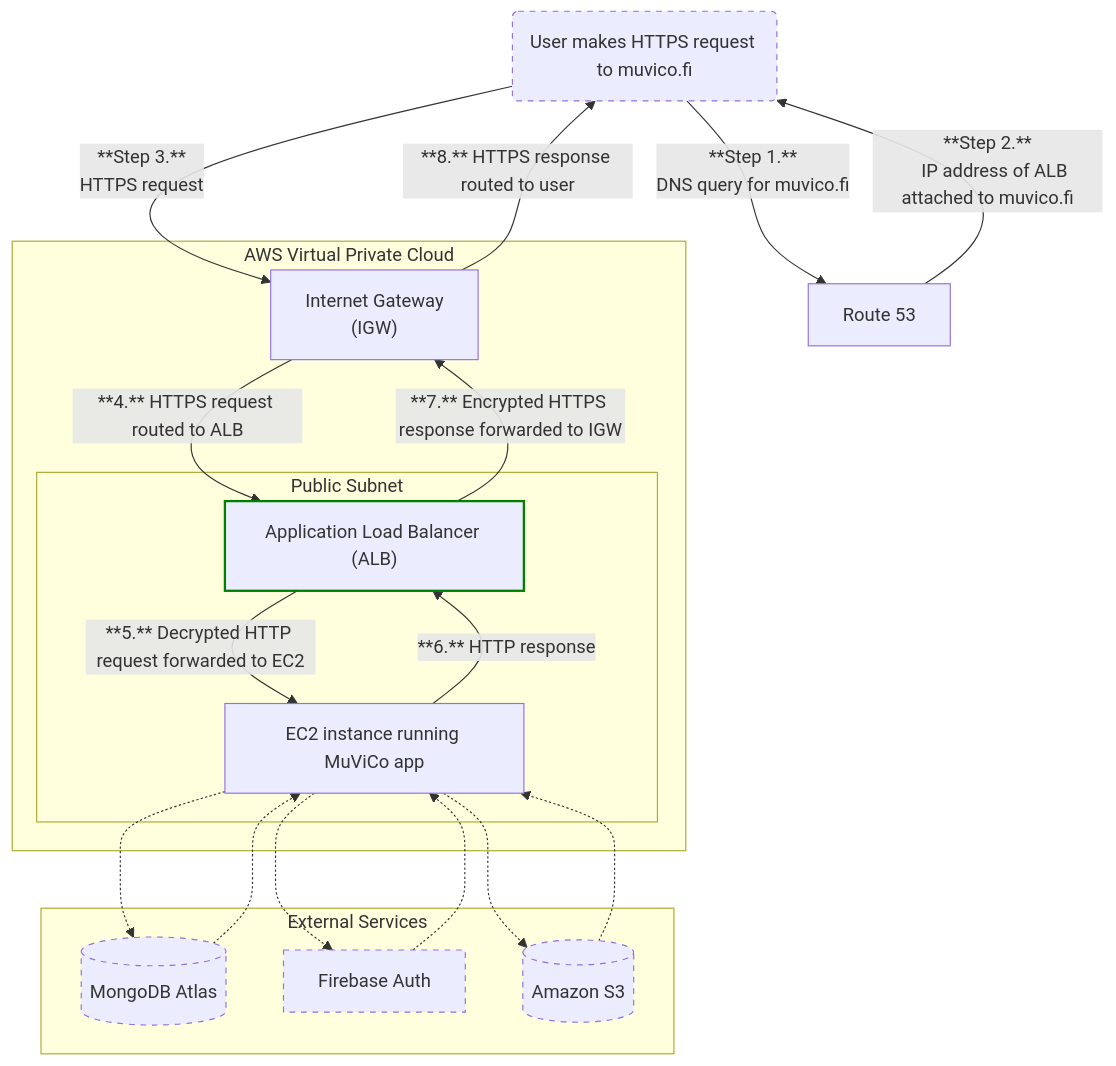
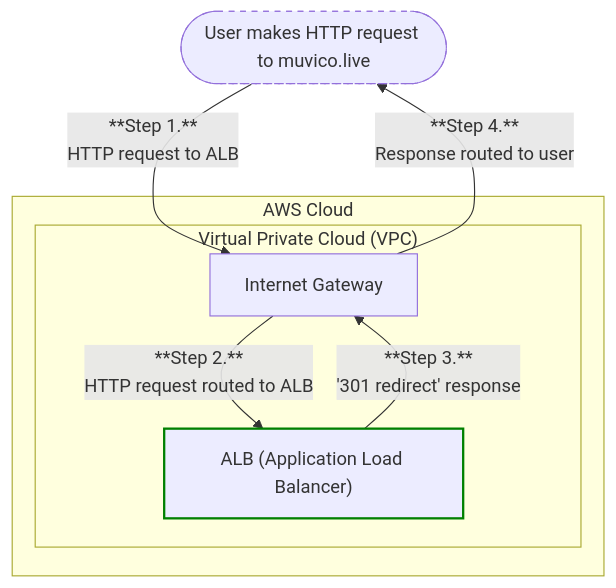
Before and after one commit to MuViCo/MuViCo: the third of 3 diagrams in documentation/https-setup.md, drawn with Mermaid. The commit also changed other lines of this file, not shown here.

````diff
--- a/documentation/https-setup.md
+++ b/documentation/https-setup.md
@@ -222,46 +253,25 @@
 ```mermaid
 flowchart TD
-    User("User makes HTTPS request to muvico.fi")
-    DNS["Route 53"]
-    IGW["Internet Gateway
-    (IGW)"]
-    ALB["Application Load Balancer (ALB)"]
-    ECS["EC2 instance running MuViCo app"]
+    User(["User makes HTTP request to muvico.live"])
+    IGW["Internet Gateway"]
+    ALB["ALB (Application Load Balancer)"]:::alb
 
     classDef alb stroke:green,stroke-width:2px
     classDef external stroke-dasharray: 5 5
 
-    %% DNS resolution
     User:::external -->|"**Step 1.**
-    DNS query for muvico.fi"| DNS
-    DNS -->|"**Step 2.**
-    IP address of ALB attached to muvico.fi"| User
+    HTTP request to ALB"| IGW
+    IGW -->|"**Step 2.**
+    HTTP request routed to ALB"| ALB
+    ALB -->|"**Step 3.**
+    '301 redirect' response"| IGW
+    IGW -->|"**Step 4.**
+    Response routed to user"| User
 
-    %% HTTPS and HTTP flows
-    User -->|"**Step 3.**
-    HTTPS request"| IGW
-
-    IGW -->|"**4.** HTTPS request routed to ALB"| ALB
-
-    ALB -->|"**5.** Decrypted HTTP request forwarded to EC2"| ECS
-    ECS -->|"**6.** HTTP response"| ALB
-    ALB -->|"**7.** Encrypted HTTPS response forwarded to IGW"| IGW
-    IGW -->|"**8.** HTTPS response routed to user"| User
-
-    subgraph "AWS Virtual Private Cloud"
-        IGW
-        subgraph Public Subnet
-            ALB:::alb
-            ECS
-        end
-    end
-
-    subgraph External Services
-        ECS -.-> D[(MongoDB Atlas)]:::external
-        D -.-> ECS
-        ECS -.-> E[Firebase Auth]:::external
-        E -.-> ECS
-        ECS -.-> F[(Amazon S3)]:::external
-        F -.-> ECS
+    subgraph "AWS Cloud"
+      subgraph "Virtual Private Cloud (VPC)"
+          IGW
+          ALB
+      end
     end
 ```
````
